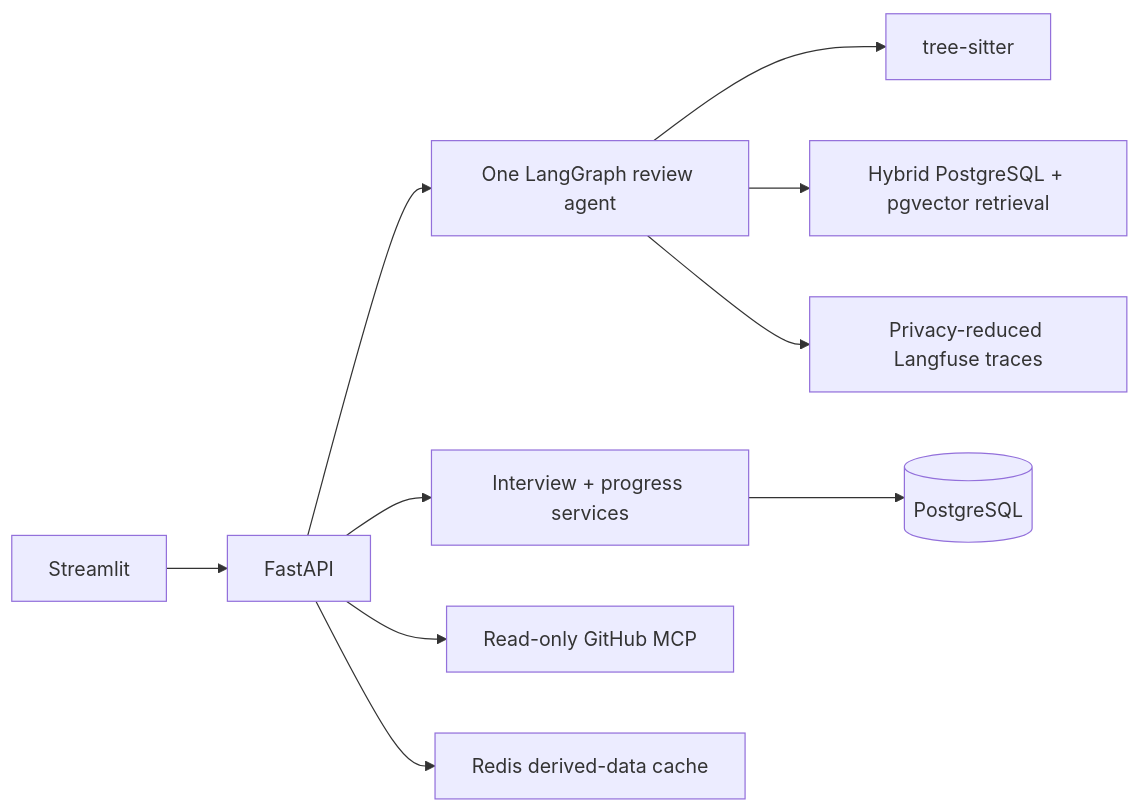
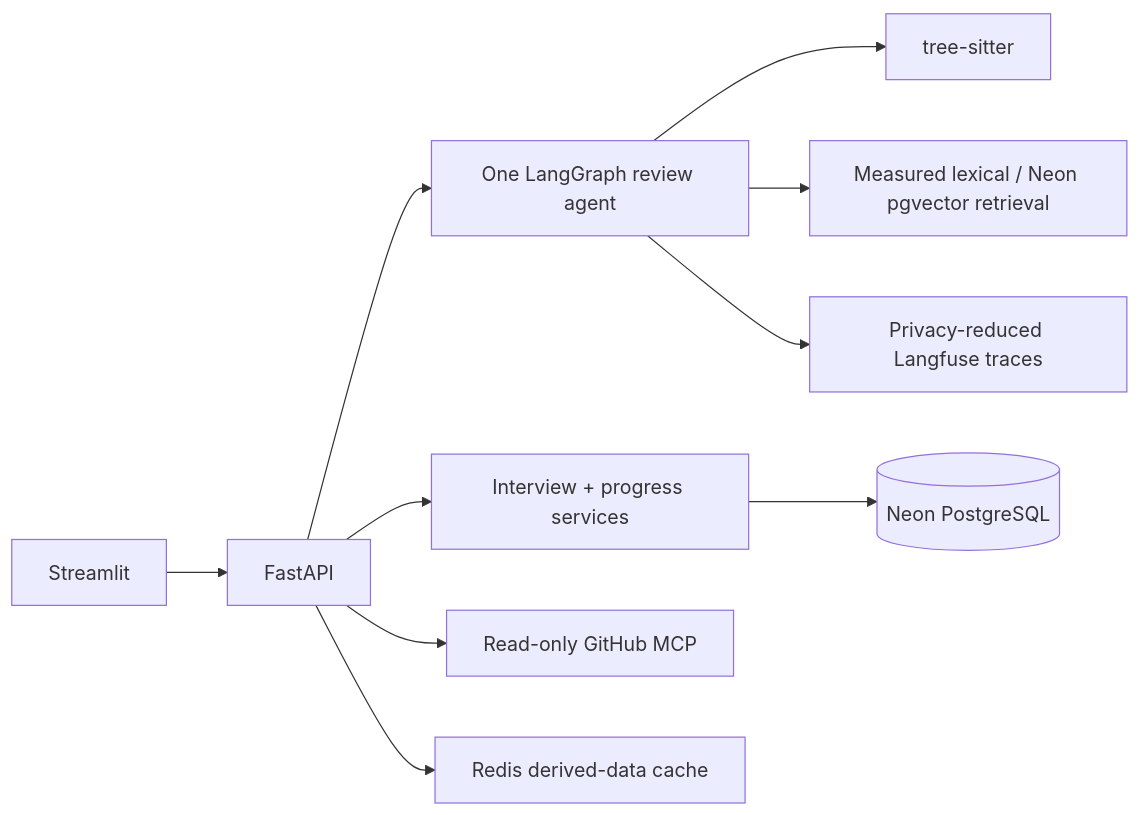
One commit to jeffstanley2002/clutch changed the first of 2 diagrams in README.md. Above: the diagram before and after it, drawn with Mermaid. The commit also changed other lines of this file and 30 other files, not shown here.

````diff
--- a/README.md
+++ b/README.md
@@ -12,12 +14,12 @@
 ```mermaid
 flowchart LR
   UI[Streamlit] --> API[FastAPI]
   API --> AGENT[One LangGraph review agent]
   API --> INTERVIEW[Interview + progress services]
   AGENT --> PARSER[tree-sitter]
-  AGENT --> RAG[Hybrid PostgreSQL + pgvector retrieval]
+  AGENT --> RAG[Measured lexical / Neon pgvector retrieval]
   API --> MCP[Read-only GitHub MCP]
   API --> REDIS[Redis derived-data cache]
   AGENT --> LF[Privacy-reduced Langfuse traces]
-  INTERVIEW --> PG[(PostgreSQL)]
+  INTERVIEW --> PG[(Neon PostgreSQL)]
 ```
````
